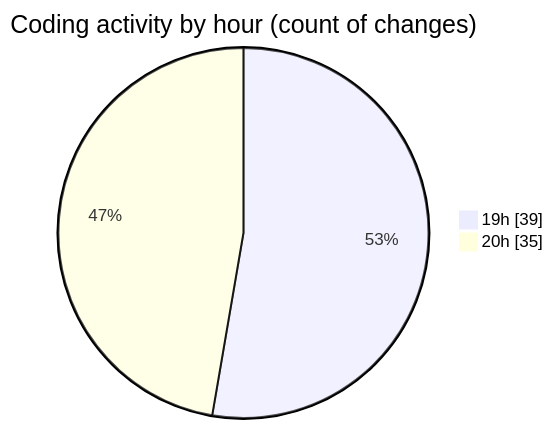
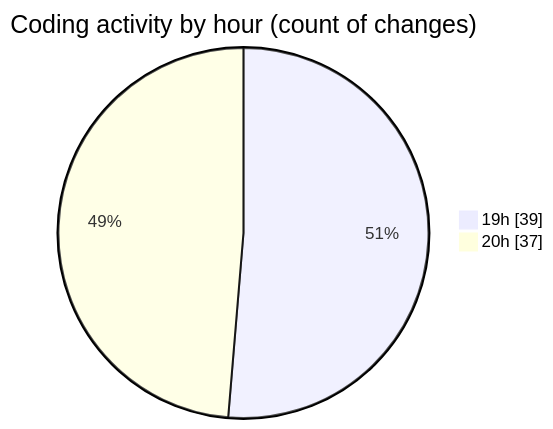
The second of 2 diagrams in 2026-06-16/cda/README.md (momahboobian/code-tracking), drawn with Mermaid before and after one commit. The commit also changed other lines of this file and 1 other file, not shown here.

````diff
--- a/2026-06-16/cda/README.md
+++ b/2026-06-16/cda/README.md
@@ -55,6 +56,6 @@
 ```mermaid
 pie showData
 title Coding activity by hour (count of changes)
 "19h" : 39
-"20h" : 35
+"20h" : 37
 ```
````
